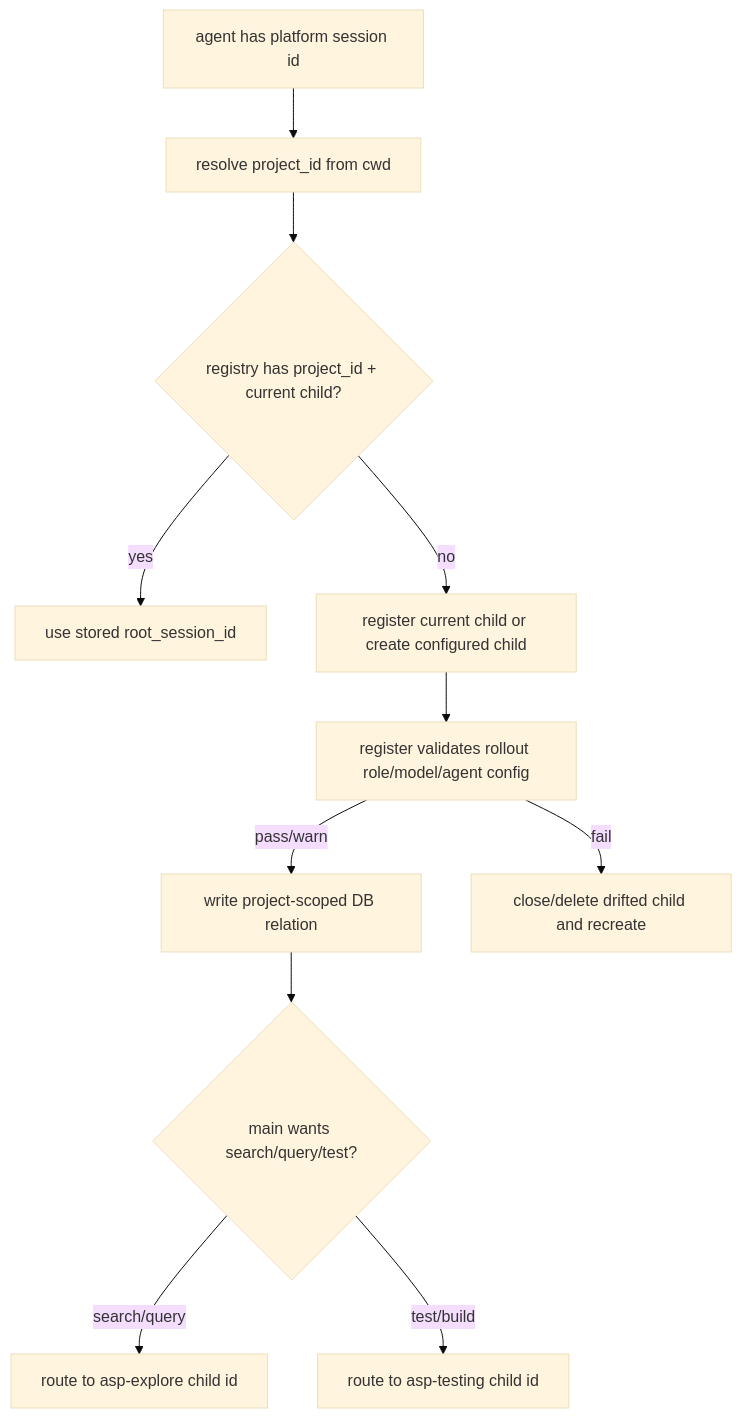
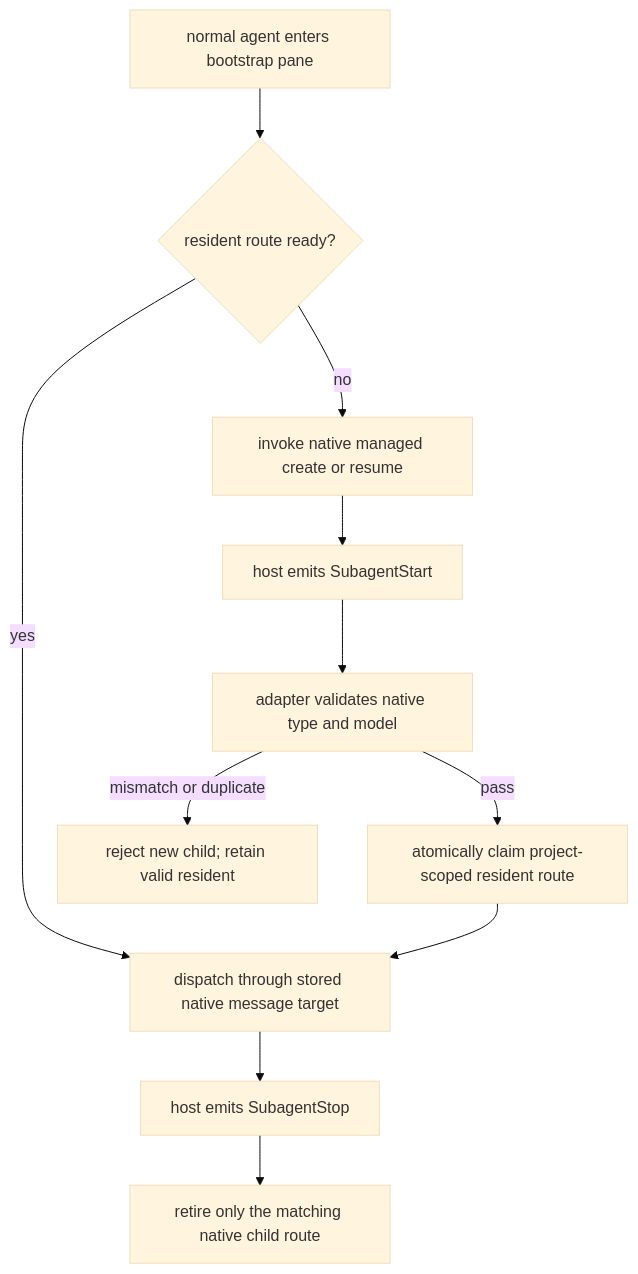
Before and after one commit to tao3k/agent-semantic-protocols: the diagram in docs/10-19-rfcs/10.27-project-scoped-agent-session-registry.org, drawn with Mermaid (base theme). The commit also changed other lines of this file and 475 other files, not shown here.

Commit message:
feat: complete ASP lifecycle and search performance foundations

```diff
--- a/docs/10-19-rfcs/10.27-project-scoped-agent-session-registry.org
+++ b/docs/10-19-rfcs/10.27-project-scoped-agent-session-registry.org
@@ -95,13 +96,13 @@
 #+BEGIN_SRC mermaid
 flowchart TD
-  A["agent has platform session id"] --> B["resolve project_id from cwd"]
-  B --> C{"registry has project_id + current child?"}
-  C -- yes --> D["use stored root_session_id"]
-  C -- no --> E["register current child or create configured child"]
-  E --> F["register validates rollout role/model/agent config"]
-  F -- pass/warn --> G["write project-scoped DB relation"]
-  F -- fail --> H["close/delete drifted child and recreate"]
-  G --> I{"main wants search/query/test?"}
-  I -- search/query --> J["route to asp-explore child id"]
-  I -- test/build --> K["route to asp-testing child id"]
+  A["normal agent enters bootstrap pane"] --> B{"resident route ready?"}
+  B -- yes --> H["dispatch through stored native message target"]
+  B -- no --> C["invoke native managed create or resume"]
+  C --> D["host emits SubagentStart"]
+  D --> E["adapter validates native type and model"]
+  E -- pass --> F["atomically claim project-scoped resident route"]
+  E -- mismatch or duplicate --> G["reject new child; retain valid resident"]
+  F --> H
+  H --> I["host emits SubagentStop"]
+  I --> J["retire only the matching native child route"]
 #+END_SRC
```
